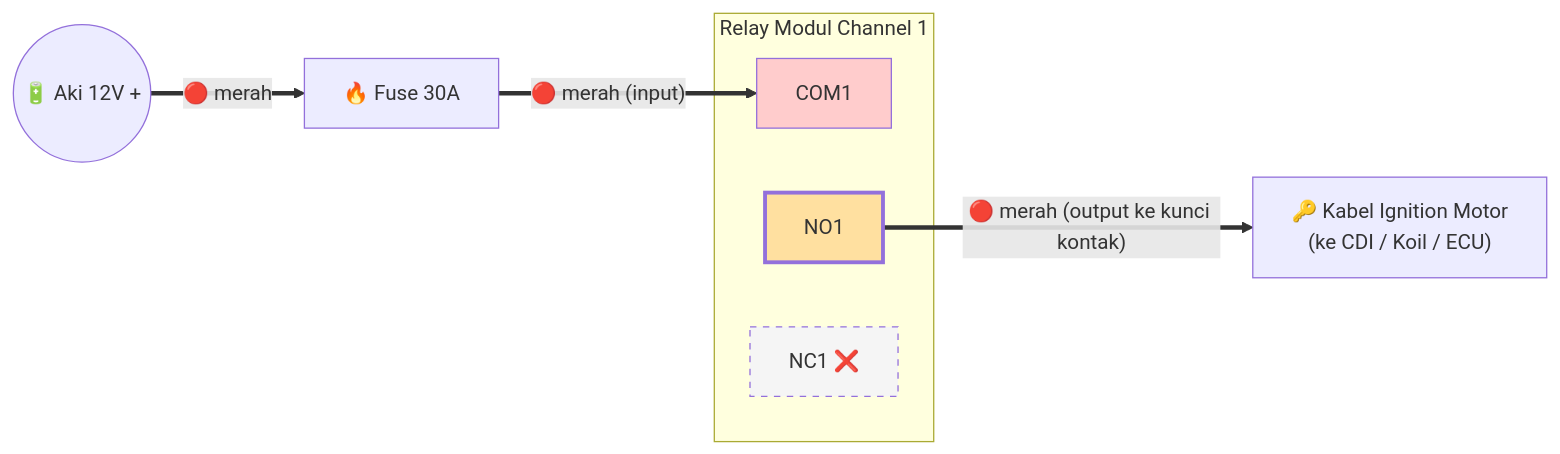
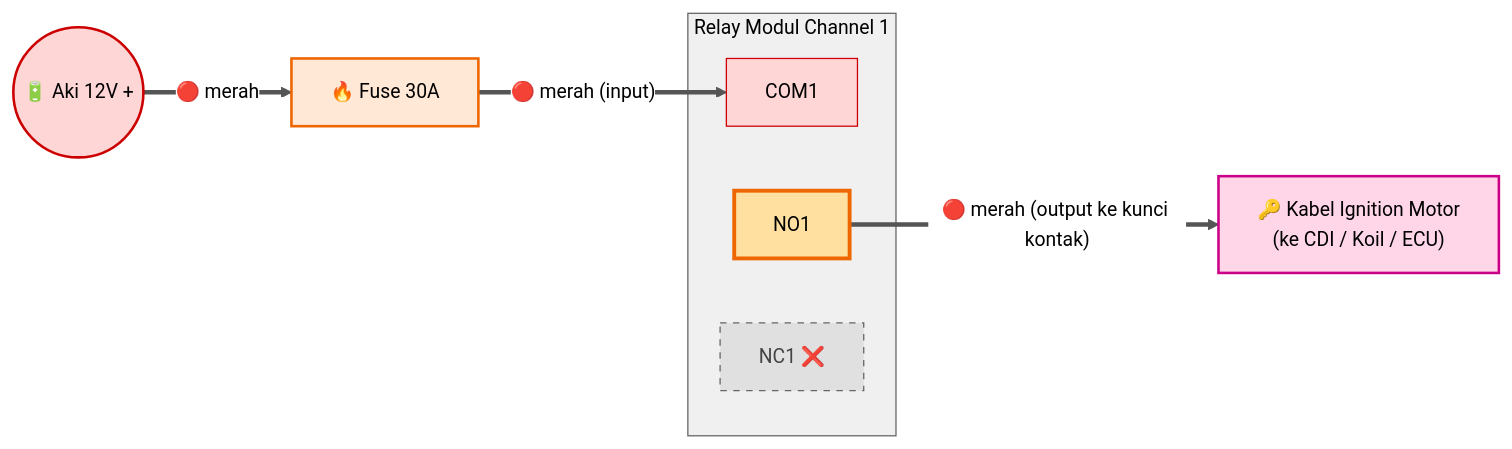
One commit to umarovk/SIKAMOT changed the fifth of 10 diagrams in motor_starter/DIAGRAM_MERMAID.md. Above: the diagram before and after it, drawn with Mermaid. The commit also changed other lines of this file, not shown here.

First line of the commit message:
style(diagram): force readable text on GitHub dark mode

````diff
--- a/motor_starter/DIAGRAM_MERMAID.md
+++ b/motor_starter/DIAGRAM_MERMAID.md
@@ -260,21 +274,25 @@
 ```mermaid
+%%{init: {'theme':'base', 'themeVariables': {'primaryColor':'#ffffff','primaryTextColor':'#000000','primaryBorderColor':'#333333','lineColor':'#555555','clusterBkg':'#f0f0f0','clusterBorder':'#666666','titleColor':'#000000','edgeLabelBackground':'#ffffff','fontSize':'15px'}}}%%
 flowchart LR
     AKI(("🔋 Aki 12V +"))
     FUSE["🔥 Fuse 30A"]
 
     subgraph REL["Relay Modul Channel 1"]
         com1["COM1"]
         no1["NO1"]
         nc1["NC1 ❌"]
     end
 
     CDI["🔑 Kabel Ignition Motor<br/>(ke CDI / Koil / ECU)"]
 
     AKI ==>|"🔴 merah"| FUSE
     FUSE ==>|"🔴 merah (input)"| com1
     no1 ==>|"🔴 merah (output ke kunci kontak)"| CDI
 
-    style com1 fill:#ffcccc
-    style no1 fill:#ffe0a0,stroke-width:3px
-    style nc1 fill:#f5f5f5,stroke-dasharray:5 5
+    style AKI fill:#ffd6d6,color:#000000,stroke:#cc0000,stroke-width:2px
+    style FUSE fill:#ffe8d6,color:#000000,stroke:#ee6600,stroke-width:2px
+    style com1 fill:#ffd6d6,color:#000000,stroke:#cc0000
+    style no1 fill:#ffe0a0,color:#000000,stroke:#ee6600,stroke-width:3px
+    style nc1 fill:#e0e0e0,color:#444444,stroke:#666666,stroke-dasharray:5 5
+    style CDI fill:#ffd6e8,color:#000000,stroke:#cc0088,stroke-width:2px
 ```
````
